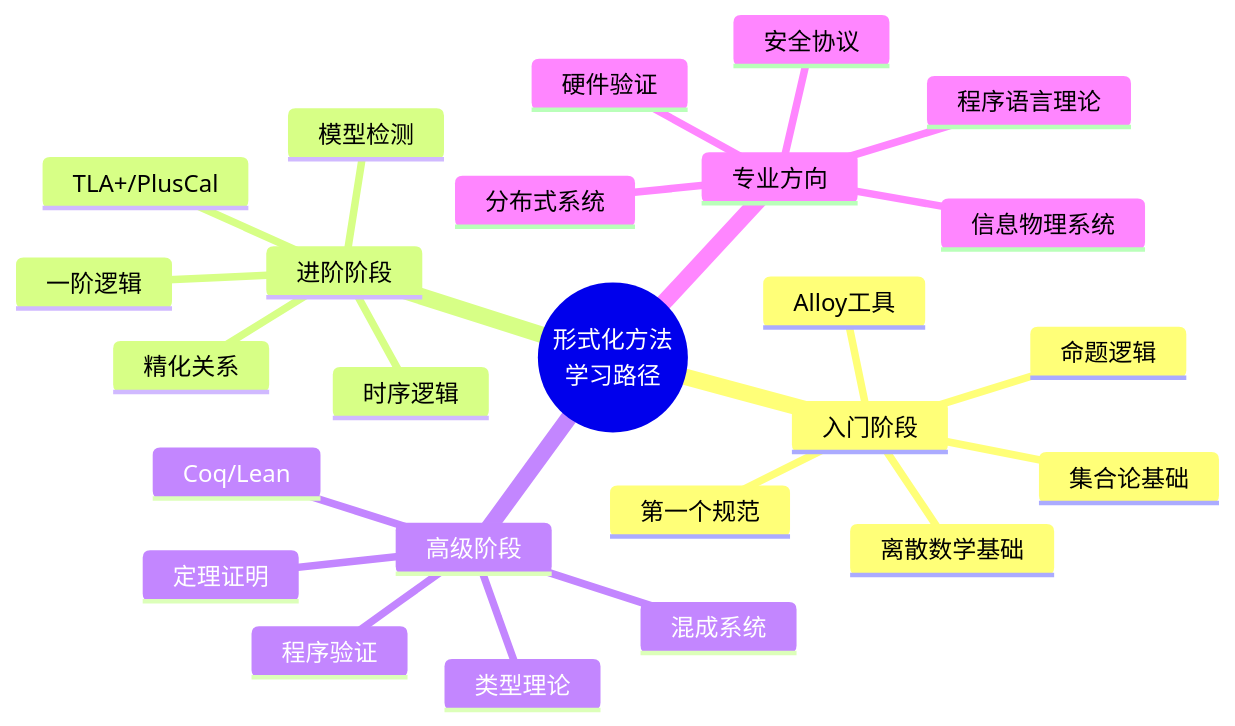
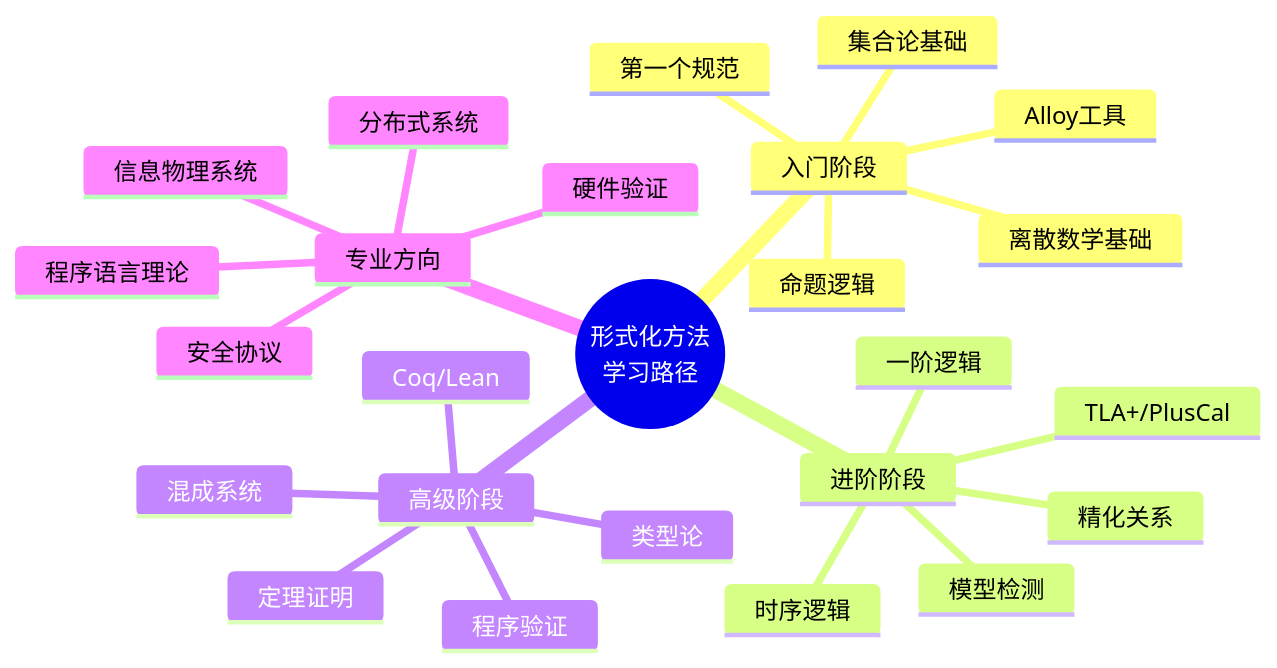
The second of 4 diagrams in formal-methods/07-future/07-formal-methods-education.md (AdaMartin18010/AnalysisDataFlow), drawn with Mermaid before and after one commit. The commit also changed other lines of this file and 129 other files, not shown here.

````diff
--- a/formal-methods/07-future/07-formal-methods-education.md
+++ b/formal-methods/07-future/07-formal-methods-education.md
@@ -298,29 +298,29 @@
 ```mermaid
 mindmap
   root((形式化方法
         学习路径))
     入门阶段
       离散数学基础
       命题逻辑
       集合论基础
       Alloy工具
       第一个规范
     进阶阶段
       一阶逻辑
       时序逻辑
       TLA+/PlusCal
       模型检测
       精化关系
     高级阶段
-      类型理论
+      类型论
       定理证明
       Coq/Lean
       程序验证
       混成系统
     专业方向
       分布式系统
       安全协议
       硬件验证
       信息物理系统
       程序语言理论
 ```
````
